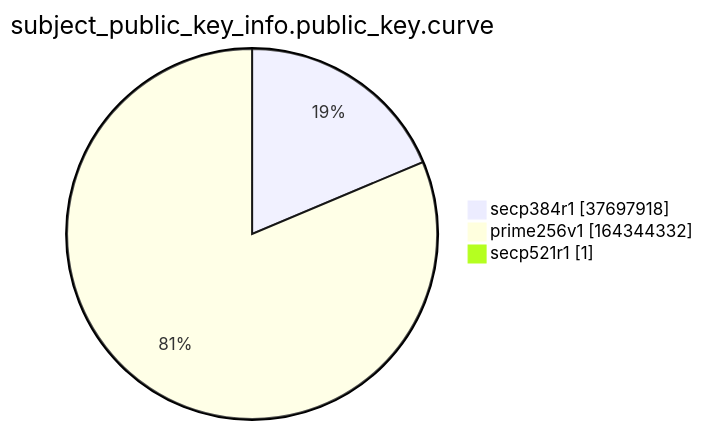
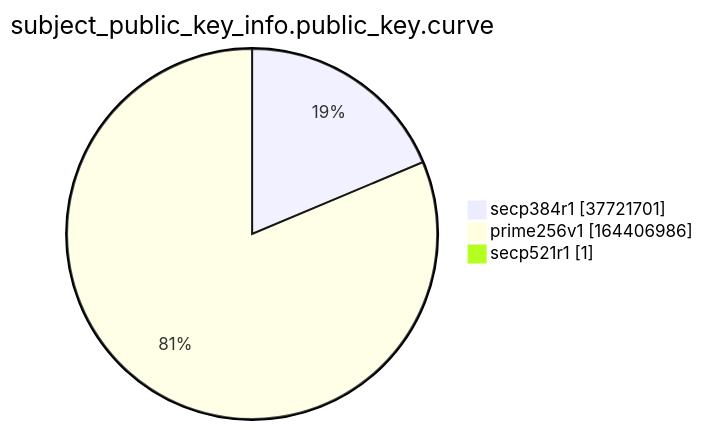
The ninth of 15 diagrams in argon2022/README.md (christiankrug/ctmonitor_visualization), drawn with Mermaid before and after one commit. The commit also changed other lines of this file, not shown here.

````diff
--- a/argon2022/README.md
+++ b/argon2022/README.md
@@ -2766,7 +2766,7 @@
 ```mermaid
 pie showData
 title subject_public_key_info.public_key.curve
-"secp384r1" :37697918
-"prime256v1" :164344332
+"secp384r1" :37721701
+"prime256v1" :164406986
 "secp521r1" :1
 ```
````
